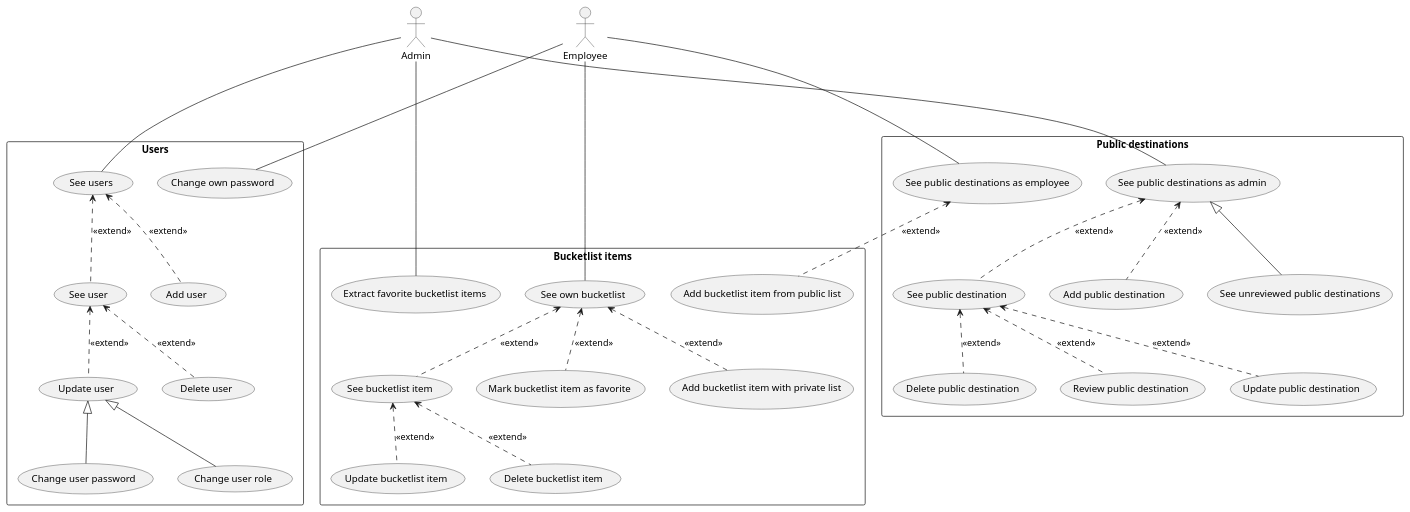
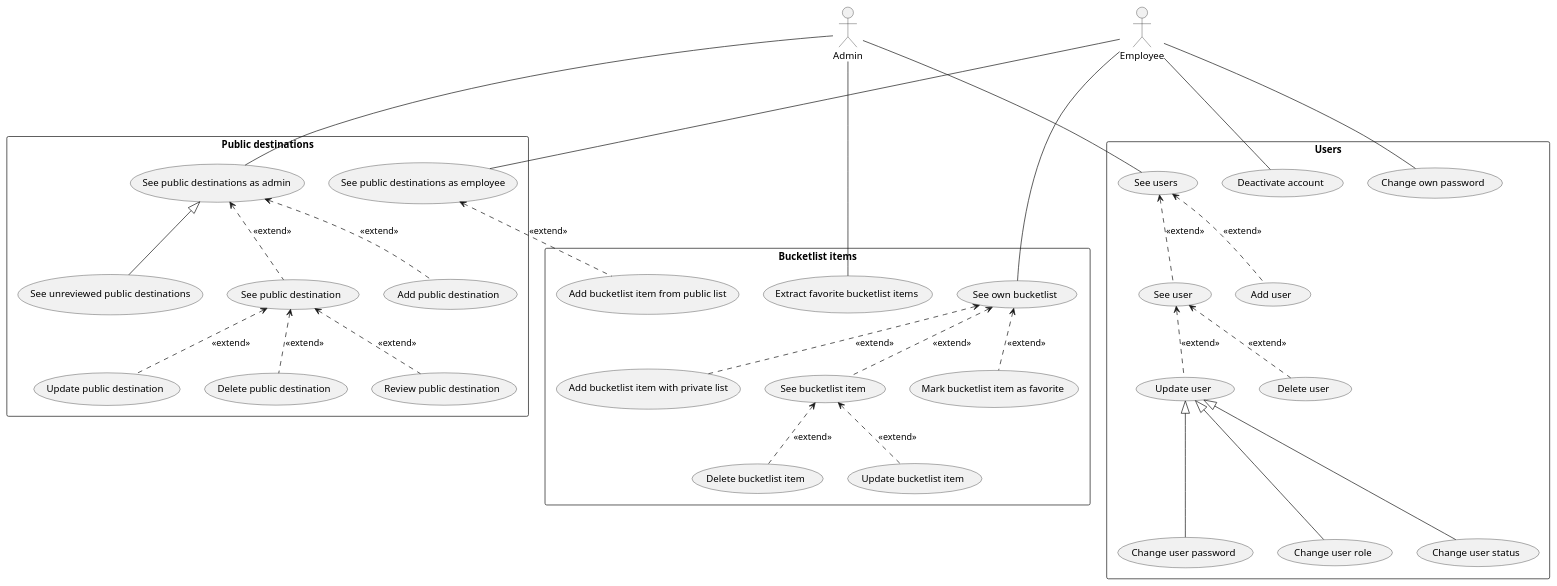
The diagram in usecase_diagram.puml (cs-rustaceans/bucketlist-diagrams), drawn with PlantUML before and after one commit.

Commit message:
updates usecase diagram

```diff
--- a/usecase_diagram.puml
+++ b/usecase_diagram.puml
@@ -33,39 +33,41 @@
 @startuml
 
 actor Admin
 actor Employee
 
 rectangle "Users" {
   Admin -- (See users)
   (See users) <.. (See user): <<extend>>
   (See users) <.. (Add user): <<extend>>
   (See user) <.. (Update user): <<extend>>
-  (Update user) <|-- (Change user password)
-  (Update user) <|-- (Change user role)
+  (Update user) <|--- (Change user password)
+  (Update user) <|--- (Change user role)
+  (Update user) <|--- (Change user status)
   (See user) <.. (Delete user): <<extend>>
   Employee --- (Change own password)
+  Employee --- (Deactivate account)
 }
 
 rectangle "Public destinations" {
   Admin --- (See public destinations as admin)
   (See public destinations as admin) <|-- (See unreviewed public destinations)
   (See public destinations as admin) <.. (See public destination): <<extend>>
   (See public destinations as admin) <.. (Add public destination): <<extend>>
   (See public destination) <.. (Update public destination): <<extend>>
   (See public destination) <.. (Delete public destination): <<extend>>
   (See public destination) <.. (Review public destination): <<extend>>
   Employee --- (See public destinations as employee)
 }
 
 rectangle "Bucketlist items" {
     (See public destinations as employee) <.. (Add bucketlist item from public list): <<extend>>
     Employee -- (See own bucketlist)
     (See own bucketlist) <.. (Add bucketlist item with private list): <<extend>>
     (See own bucketlist) <.. (See bucketlist item): <<extend>>
     (See bucketlist item) <.. (Update bucketlist item): <<extend>>
     (See bucketlist item) <.. (Delete bucketlist item): <<extend>>
     (See own bucketlist) <.. (Mark bucketlist item as favorite): <<extend>>
     Admin --- (Extract favorite bucketlist items)
 }
 
 @enduml
```
